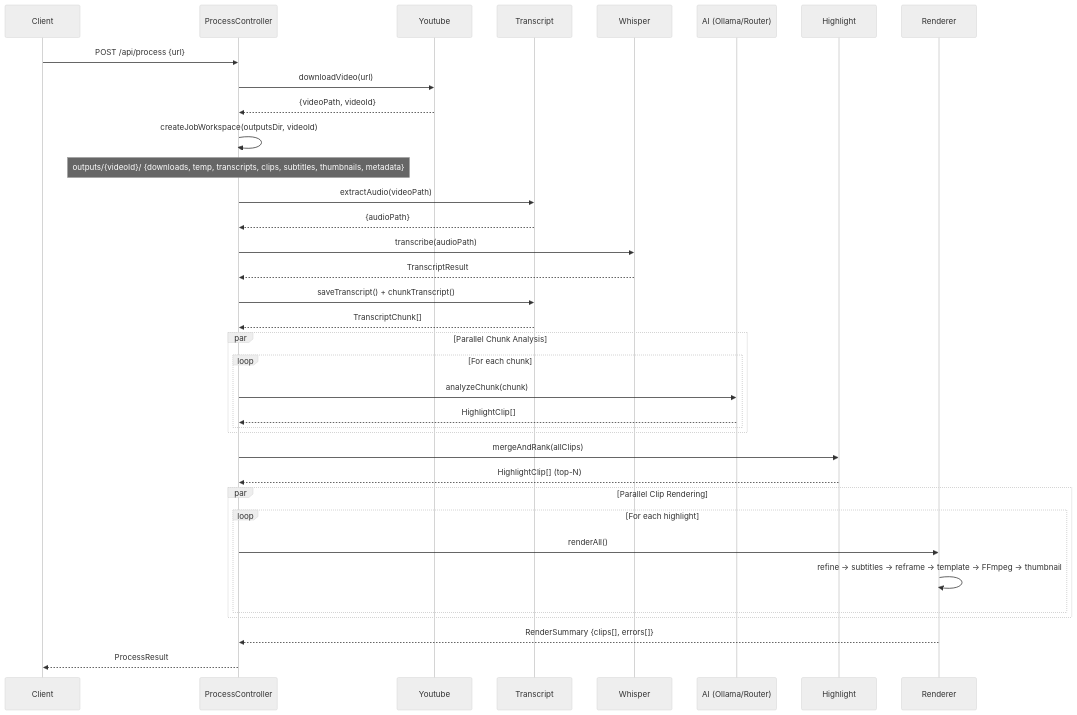
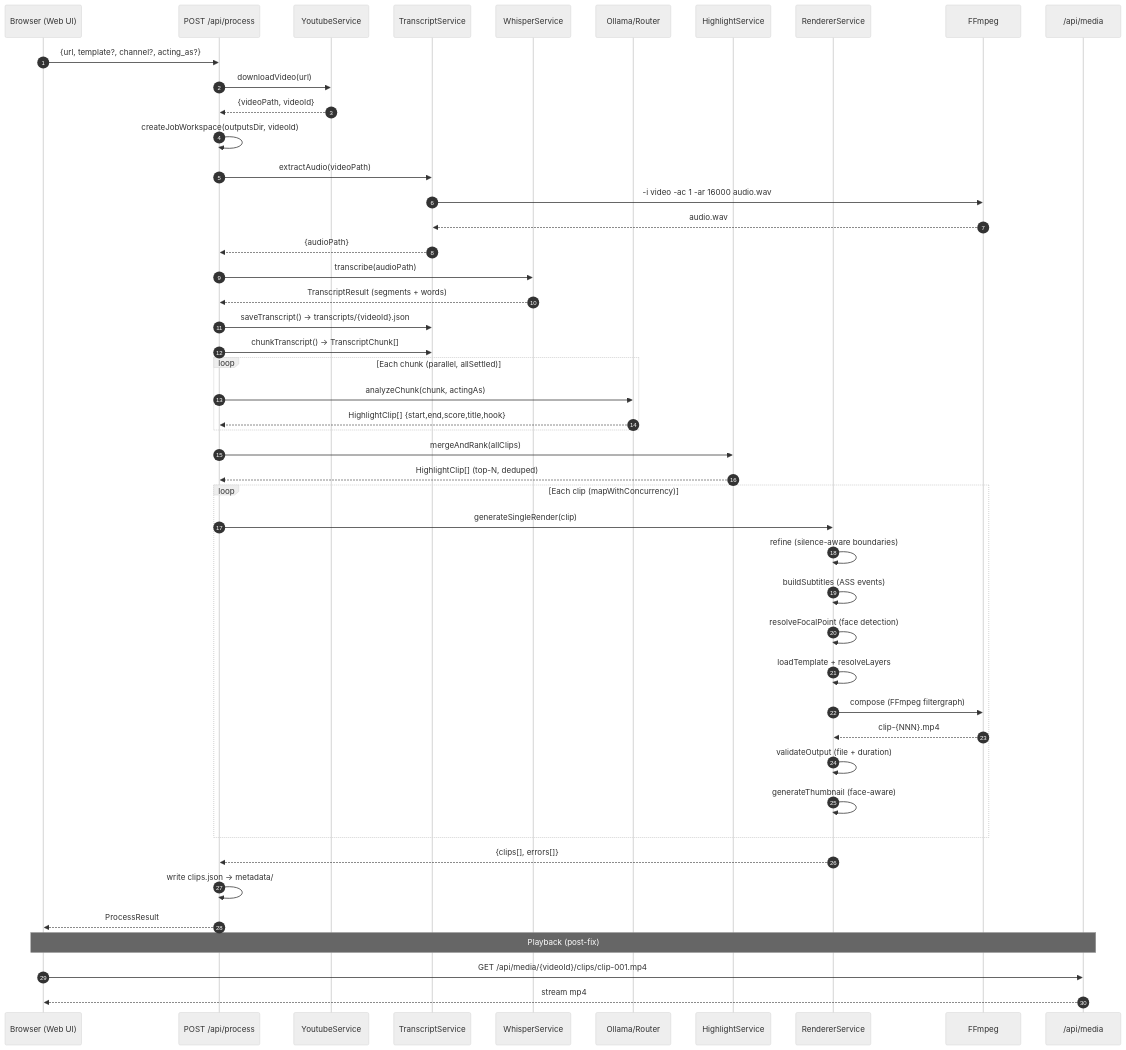
One commit to satalesmana/youtube-clip changed the second of 4 diagrams in documentation/clip-process-flow.md. Above: the diagram before and after it, drawn with Mermaid (neutral theme). The commit also changed other lines of this file and 42 other files, not shown here.

````diff
--- a/documentation/clip-process-flow.md
+++ b/documentation/clip-process-flow.md
@@ -158,47 +77,59 @@
 ```mermaid
 sequenceDiagram
-    participant Client
-    participant ProcessController
-    participant Youtube
-    participant Transcript
-    participant Whisper
-    participant Ollama as AI (Ollama/Router)
-    participant Highlight
-    participant Renderer
+    autonumber
+    participant Browser as Browser (Web UI)
+    participant API as POST /api/process
+    participant YT as YoutubeService
+    participant TS as TranscriptService
+    participant WH as WhisperService
+    participant AI as Ollama/Router
+    participant HL as HighlightService
+    participant RD as RendererService
+    participant FF as FFmpeg
+    participant MEDIA as /api/media
 
-    Client->>ProcessController: POST /api/process {url}
-    ProcessController->>Youtube: downloadVideo(url)
-    Youtube-->>ProcessController: {videoPath, videoId}
+    Browser->>API: {url, template?, channel?, acting_as?}
+    API->>YT: downloadVideo(url)
+    YT-->>API: {videoPath, videoId}
 
-    ProcessController->>ProcessController: createJobWorkspace(outputsDir, videoId)
-    Note over ProcessController: outputs/{videoId}/ {downloads, temp, transcripts, clips, subtitles, thumbnails, metadata}
+    API->>API: createJobWorkspace(outputsDir, videoId)
 
-    ProcessController->>Transcript: extractAudio(videoPath)
-    Transcript-->>ProcessController: {audioPath}
+    API->>TS: extractAudio(videoPath)
+    TS->>FF: -i video -ac 1 -ar 16000 audio.wav
+    FF-->>TS: audio.wav
+    TS-->>API: {audioPath}
 
-    ProcessController->>Whisper: transcribe(audioPath)
-    Whisper-->>ProcessController: TranscriptResult
+    API->>WH: transcribe(audioPath)
+    WH-->>API: TranscriptResult (segments + words)
 
-    ProcessController->>Transcript: saveTranscript() + chunkTranscript()
-    Transcript-->>ProcessController: TranscriptChunk[]
+    API->>TS: saveTranscript() → transcripts/{videoId}.json
+    API->>TS: chunkTranscript() → TranscriptChunk[]
 
-    par Parallel Chunk Analysis
-        loop For each chunk
-            ProcessController->>Ollama: analyzeChunk(chunk)
-            Ollama-->>ProcessController: HighlightClip[]
-        end
+    loop Each chunk (parallel, allSettled)
+        API->>AI: analyzeChunk(chunk, actingAs)
+        AI-->>API: HighlightClip[] {start,end,score,title,hook}
     end
 
-    ProcessController->>Highlight: mergeAndRank(allClips)
-    Highlight-->>ProcessController: HighlightClip[] (top-N)
+    API->>HL: mergeAndRank(allClips)
+    HL-->>API: HighlightClip[] (top-N, deduped)
 
-    par Parallel Clip Rendering
-        loop For each highlight
-            ProcessController->>Renderer: renderAll()
-            Renderer->>Renderer: refine → subtitles → reframe → template → FFmpeg → thumbnail
-        end
+    loop Each clip (mapWithConcurrency)
+        API->>RD: generateSingleRender(clip)
+        RD->>RD: refine (silence-aware boundaries)
+        RD->>RD: buildSubtitles (ASS events)
+        RD->>RD: resolveFocalPoint (face detection)
+        RD->>RD: loadTemplate + resolveLayers
+        RD->>FF: compose (FFmpeg filtergraph)
+        FF-->>RD: clip-{NNN}.mp4
+        RD->>RD: validateOutput (file + duration)
+        RD->>RD: generateThumbnail (face-aware)
     end
 
-    Renderer-->>ProcessController: RenderSummary {clips[], errors[]}
-    ProcessController-->>Client: ProcessResult
+    RD-->>API: {clips[], errors[]}
+    API->>API: write clips.json → metadata/
+    API-->>Browser: ProcessResult
+
+    Note over Browser,MEDIA: Playback (post-fix)
+    Browser->>MEDIA: GET /api/media/{videoId}/clips/clip-001.mp4
+    MEDIA-->>Browser: stream mp4
 ```
````
